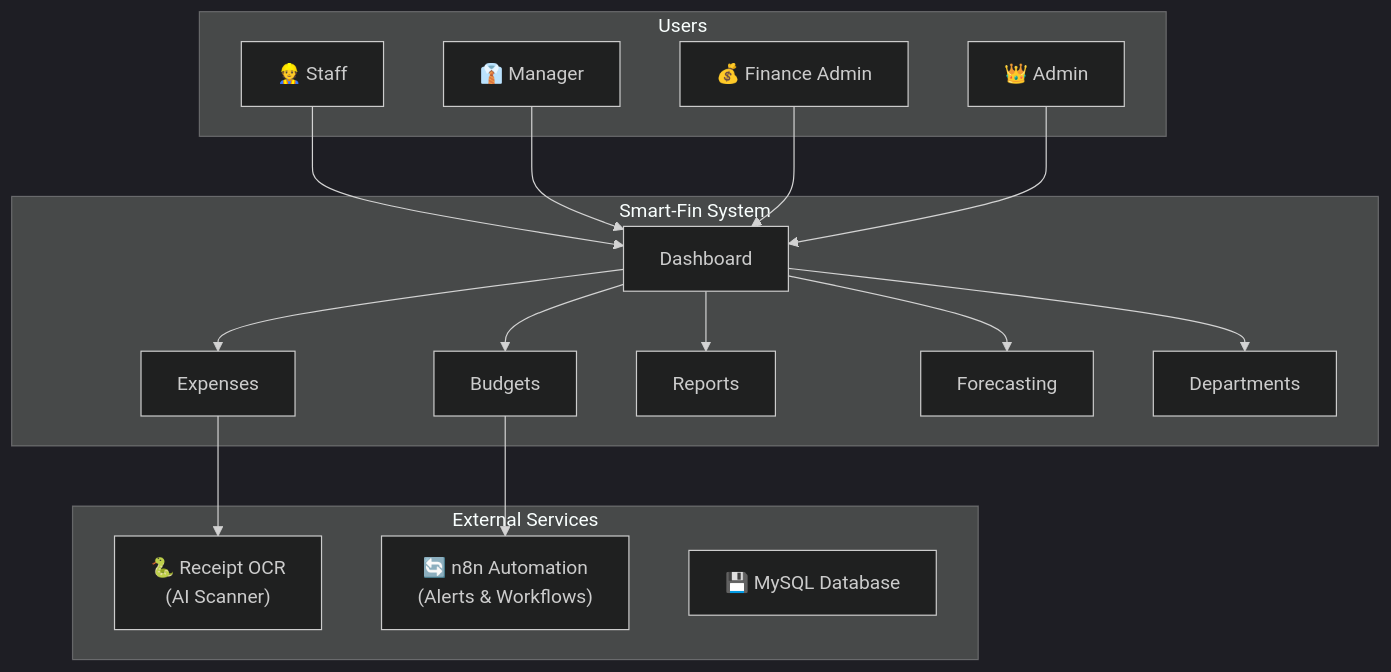
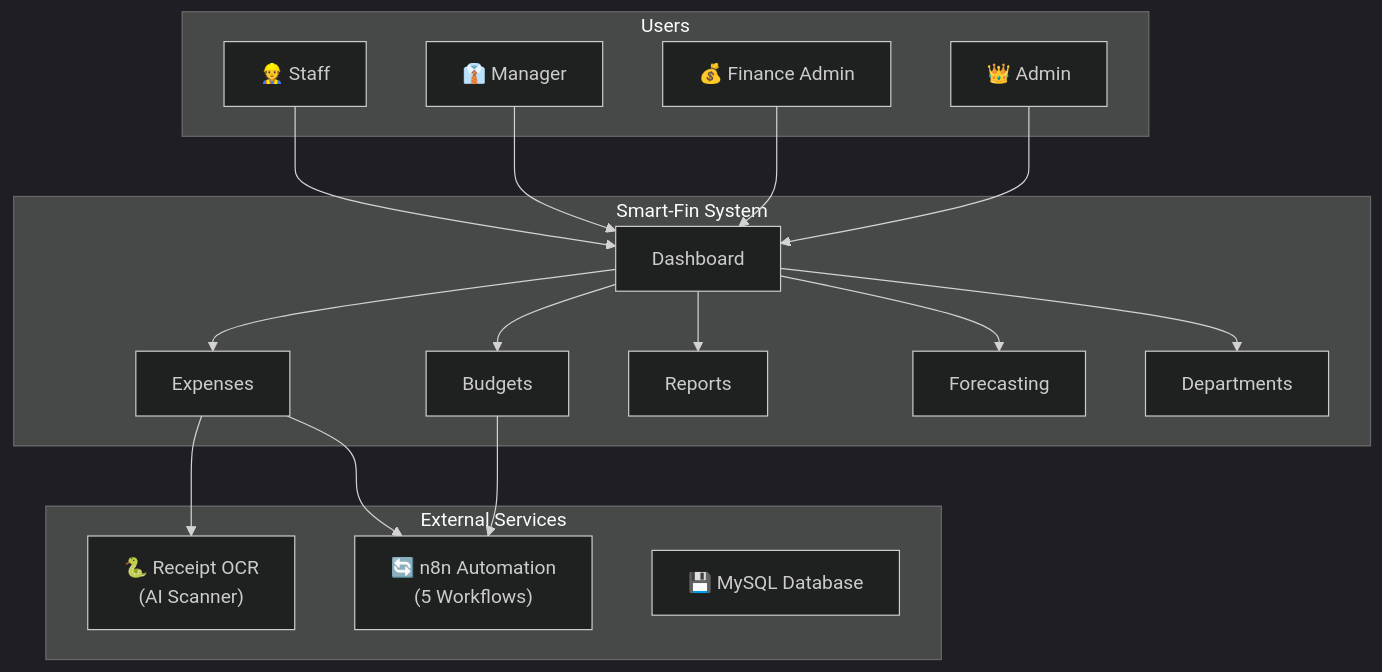
The first of 6 diagrams in docs/smartfin_workflow_guide.md (alifizuddin/smart-fin), drawn with Mermaid (dark theme) before and after one commit. The commit also changed other lines of this file, not shown here.

````diff
--- a/docs/smartfin_workflow_guide.md
+++ b/docs/smartfin_workflow_guide.md
@@ -5,38 +3,39 @@
 ```mermaid
 graph TB
     subgraph "Users"
         STAFF["👷 Staff"]
         MANAGER["👔 Manager"]
         FADMIN["💰 Finance Admin"]
         ADMIN["👑 Admin"]
     end
     
     subgraph "Smart-Fin System"
         DASH["Dashboard"]
         EXP["Expenses"]
         BUD["Budgets"]
         REP["Reports"]
         FORE["Forecasting"]
         DEPT["Departments"]
     end
     
     subgraph "External Services"
         PYTHON["🐍 Receipt OCR<br/>(AI Scanner)"]
-        N8N["🔄 n8n Automation<br/>(Alerts & Workflows)"]
+        N8N["🔄 n8n Automation<br/>(5 Workflows)"]
         DB["💾 MySQL Database"]
     end
     
     STAFF --> DASH
     MANAGER --> DASH
     FADMIN --> DASH
     ADMIN --> DASH
     
     DASH --> EXP
     DASH --> BUD
     DASH --> REP
     DASH --> FORE
     DASH --> DEPT
     
     EXP --> PYTHON
+    EXP --> N8N
     BUD --> N8N
 ```
````
